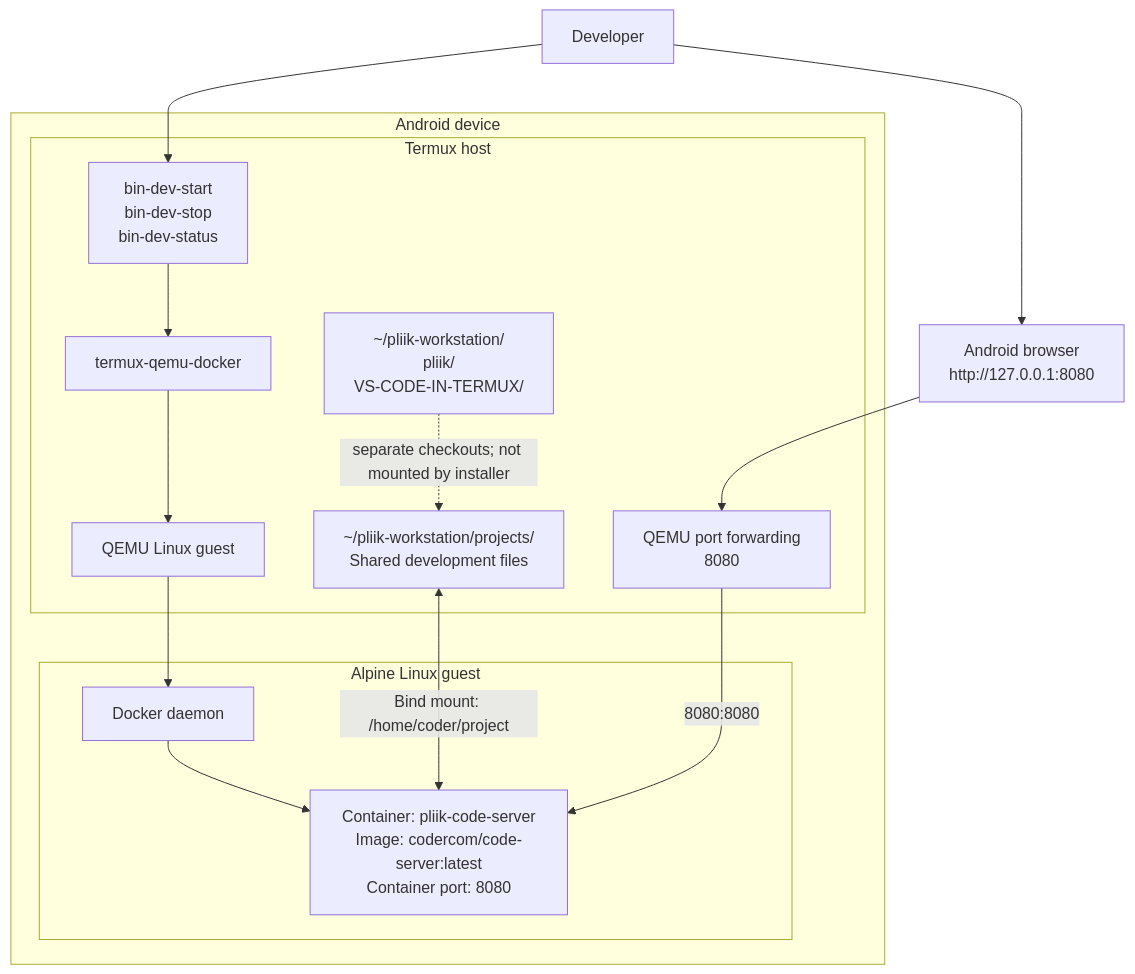
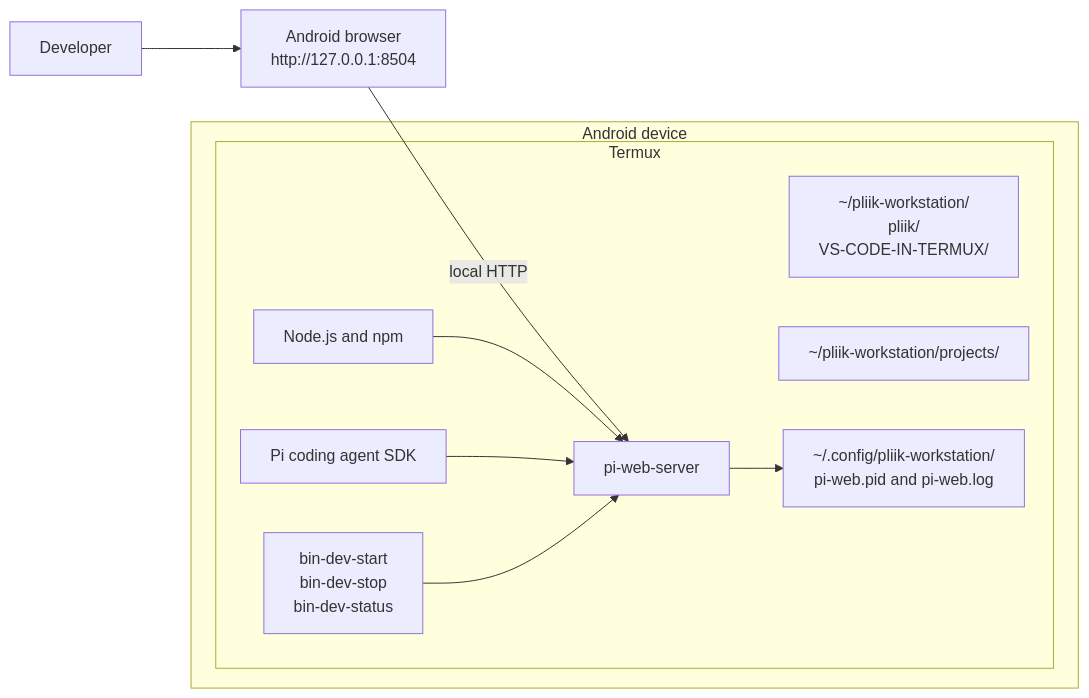
One commit to mutualendemic/pliik changed the first of 2 diagrams in ARCHITECTURE.md. Above: the diagram before and after it, drawn with Mermaid. The commit also changed other lines of this file and 2 other files, not shown here.

Commit message:
Fix Termux pi-web dependency setup

````diff
--- a/ARCHITECTURE.md
+++ b/ARCHITECTURE.md
@@ -7,32 +7,22 @@
 ```mermaid
-flowchart TB
-    User[Developer]
-    Browser[Android browser\nhttp://127.0.0.1:8080]
+flowchart LR
+    User[Developer] --> Browser[Android browser\nhttp://127.0.0.1:8504]
+    Browser -->|local HTTP| Server[pi-web-server]
 
     subgraph Android[Android device]
-        subgraph Termux[Termux host]
-            Helper[termux-qemu-docker]
-            QEMU[QEMU Linux guest]
+        subgraph Termux[Termux]
+            Server
+            Runtime[Node.js and npm]
+            SDK[Pi coding agent SDK]
             Repos["~/pliik-workstation/\npliik/\nVS-CODE-IN-TERMUX/"]
-            Projects["~/pliik-workstation/projects/\nShared development files"]
+            Projects["~/pliik-workstation/projects/"]
             Helpers["bin-dev-start\nbin-dev-stop\nbin-dev-status"]
-            PortForward["QEMU port forwarding\n8080"]
-        end
-
-        subgraph Guest[Alpine Linux guest]
-            DockerEngine[Docker daemon]
-            CodeServer["Container: pliik-code-server\nImage: codercom/code-server:latest\nContainer port: 8080"]
+            Config["~/.config/pliik-workstation/\npi-web.pid and pi-web.log"]
         end
     end
 
-    User --> Browser
-    Browser --> PortForward
-    User --> Helpers
-    Helpers --> Helper
-    Helper --> QEMU
-    QEMU --> DockerEngine
-    DockerEngine --> CodeServer
-    Projects <-->|Bind mount: /home/coder/project| CodeServer
-    Repos -. "separate checkouts; not mounted by installer" .-> Projects
-    PortForward -->|8080:8080| CodeServer
+    Runtime --> Server
+    SDK --> Server
+    Helpers --> Server
+    Server --> Config
 ```
````
